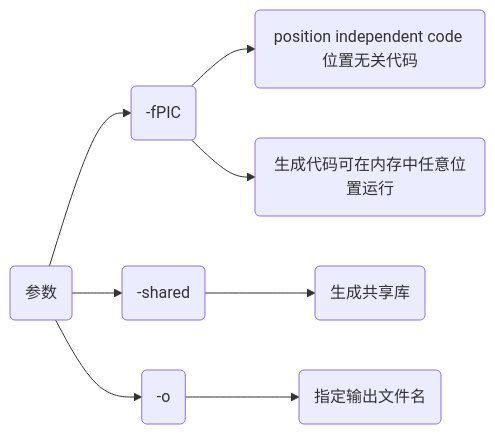
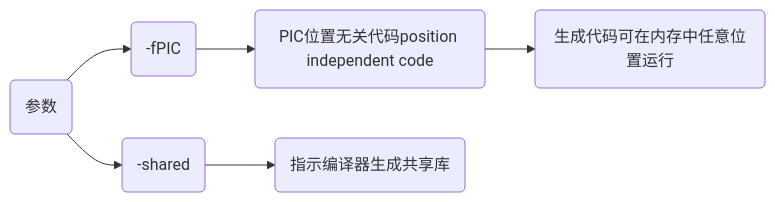
The second of 5 diagrams in _posts/language/c_c++/library/2023-02-28-动态库.md (dmjcb/dmjcb.github.io), drawn with Mermaid before and after one commit. The commit also changed other lines of this file and 165 other files, not shown here.

````diff
--- a/_posts/language/c_c++/library/2023-02-28-动态库.md
+++ b/_posts/language/c_c++/library/2023-02-28-动态库.md
@@ -161,9 +161,7 @@
 ```mermaid
 graph LR;
     X(参数)
     X-->A("-fPIC")
-        A-->A1(position independent code 位置无关代码)
-        A-->A2(生成代码可在内存中任意位置运行)
-    X-->B("-shared")-->B1(生成共享库)
-    X-->C("-o")-->C1(指定输出文件名)
+        A-->A1(PIC位置无关代码position independent code)-->A2(生成代码可在内存中任意位置运行)
+    X-->B("-shared")-->B1(指示编译器生成共享库)
 ```
````
